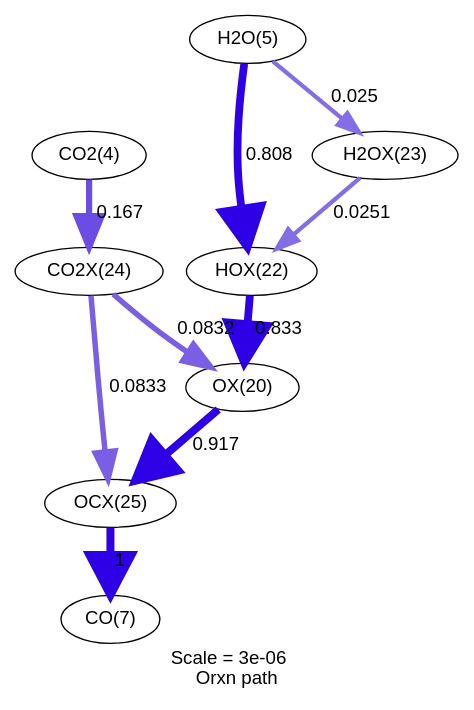
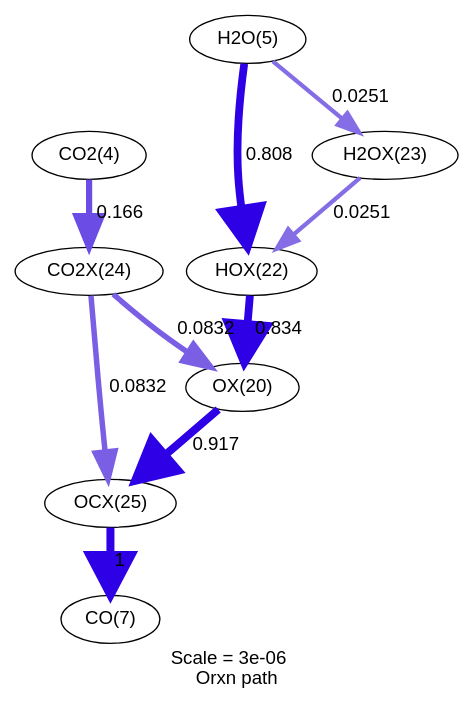
One commit to comocheng/cpox changed the diagram in rh/rxnpath/rxnpath-1.3-surf-19.99mm-O.dot. Above: the diagram before and after it, drawn with Graphviz. The commit also changed 501 other files, not shown here.

```diff
--- a/rh/rxnpath/rxnpath-1.3-surf-19.99mm-O.dot
+++ b/rh/rxnpath/rxnpath-1.3-surf-19.99mm-O.dot
@@ -1,31 +1,31 @@
 digraph reaction_paths {
 center=1;
-s26 -> s24[fontname="Helvetica", penwidth=5.86, arrowsize=2.93, color="0.7, 1.33, 0.9"
-, label=" 0.833"];
-s24 -> s29[fontname="Helvetica", penwidth=5.93, arrowsize=2.97, color="0.7, 1.42, 0.9"
+s31 -> s29[fontname="Helvetica", penwidth=5.86, arrowsize=2.93, color="0.7, 1.33, 0.9"
+, label=" 0.834"];
+s29 -> s34[fontname="Helvetica", penwidth=5.93, arrowsize=2.97, color="0.7, 1.42, 0.9"
 , label=" 0.917"];
-s28 -> s24[fontname="Helvetica", penwidth=4.12, arrowsize=2.06, color="0.7, 0.583, 0.9"
+s33 -> s29[fontname="Helvetica", penwidth=4.12, arrowsize=2.06, color="0.7, 0.583, 0.9"
 , label=" 0.0832"];
-s6 -> s26[fontname="Helvetica", penwidth=5.84, arrowsize=2.92, color="0.7, 1.31, 0.9"
+s6 -> s31[fontname="Helvetica", penwidth=5.84, arrowsize=2.92, color="0.7, 1.31, 0.9"
 , label=" 0.808"];
-s27 -> s26[fontname="Helvetica", penwidth=3.22, arrowsize=1.61, color="0.7, 0.525, 0.9"
+s32 -> s31[fontname="Helvetica", penwidth=3.22, arrowsize=1.61, color="0.7, 0.525, 0.9"
 , label=" 0.0251"];
-s6 -> s27[fontname="Helvetica", penwidth=3.22, arrowsize=1.61, color="0.7, 0.525, 0.9"
-, label=" 0.025"];
-s29 -> s8[fontname="Helvetica", penwidth=6, arrowsize=3, color="0.7, 1.5, 0.9"
+s6 -> s32[fontname="Helvetica", penwidth=3.22, arrowsize=1.61, color="0.7, 0.525, 0.9"
+, label=" 0.0251"];
+s34 -> s8[fontname="Helvetica", penwidth=6, arrowsize=3, color="0.7, 1.5, 0.9"
 , label=" 1"];
-s28 -> s29[fontname="Helvetica", penwidth=4.12, arrowsize=2.06, color="0.7, 0.583, 0.9"
-, label=" 0.0833"];
-s5 -> s28[fontname="Helvetica", penwidth=4.65, arrowsize=2.32, color="0.7, 0.667, 0.9"
-, label=" 0.167"];
+s33 -> s34[fontname="Helvetica", penwidth=4.12, arrowsize=2.06, color="0.7, 0.583, 0.9"
+, label=" 0.0832"];
+s5 -> s33[fontname="Helvetica", penwidth=4.65, arrowsize=2.32, color="0.7, 0.666, 0.9"
+, label=" 0.166"];
 s5 [ fontname="Helvetica", label="CO2(4)"];
 s6 [ fontname="Helvetica", label="H2O(5)"];
 s8 [ fontname="Helvetica", label="CO(7)"];
-s24 [ fontname="Helvetica", label="OX(20)"];
-s26 [ fontname="Helvetica", label="HOX(22)"];
-s27 [ fontname="Helvetica", label="H2OX(23)"];
-s28 [ fontname="Helvetica", label="CO2X(24)"];
-s29 [ fontname="Helvetica", label="OCX(25)"];
+s29 [ fontname="Helvetica", label="OX(20)"];
+s31 [ fontname="Helvetica", label="HOX(22)"];
+s32 [ fontname="Helvetica", label="H2OX(23)"];
+s33 [ fontname="Helvetica", label="CO2X(24)"];
+s34 [ fontname="Helvetica", label="OCX(25)"];
  label = "Scale = 3e-06\l Orxn path";
  fontname = "Helvetica";
 }
```
